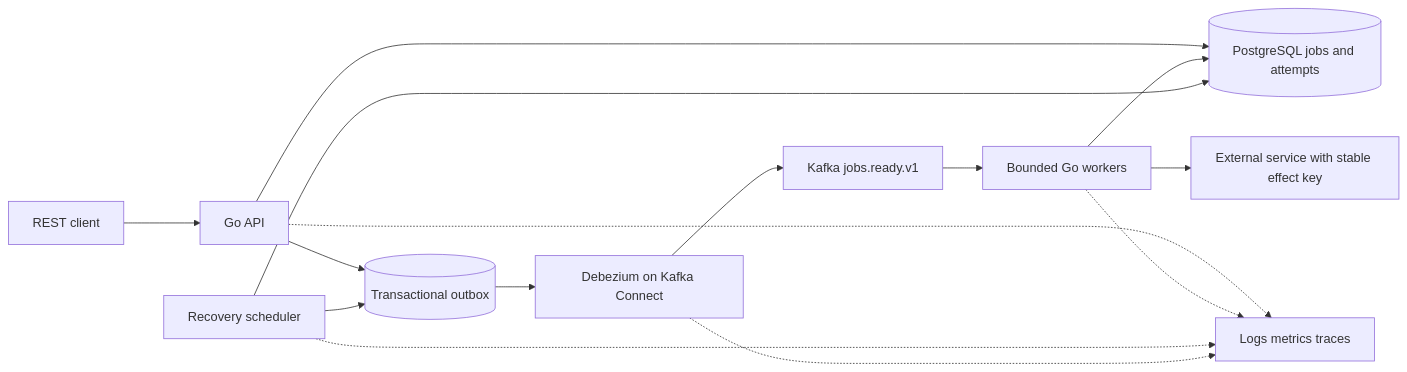
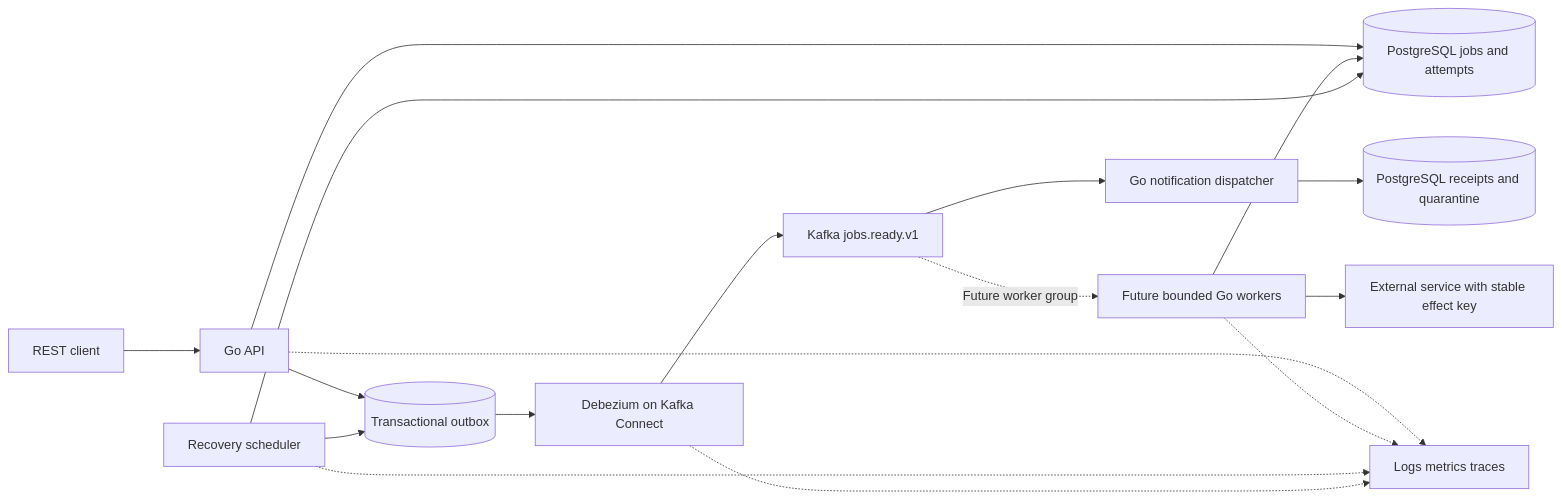
Before and after one commit to su944/distributed-job-engine: the first of 7 diagrams in docs/architecture-diagram.md, drawn with Mermaid. The commit also changed other lines of this file and 27 other files, not shown here.

````diff
--- a/docs/architecture-diagram.md
+++ b/docs/architecture-diagram.md
@@ -8,17 +8,19 @@
 ```mermaid
 flowchart LR
     Client[REST client] --> API[Go API]
     API --> PG[(PostgreSQL jobs and attempts)]
     API --> Outbox[(Transactional outbox)]
     Outbox --> CDC[Debezium on Kafka Connect]
     CDC --> Kafka[Kafka jobs.ready.v1]
-    Kafka --> Worker[Bounded Go workers]
+    Kafka --> Dispatcher[Go notification dispatcher]
+    Dispatcher --> Receipts[(PostgreSQL receipts and quarantine)]
+    Kafka -. Future worker group .-> Worker[Future bounded Go workers]
     Worker --> PG
     Worker --> Provider[External service with stable effect key]
     Scheduler[Recovery scheduler] --> PG
     Scheduler --> Outbox
     API -.-> Telemetry[Logs metrics traces]
     Worker -.-> Telemetry
     Scheduler -.-> Telemetry
     CDC -.-> Telemetry
 ```
````
